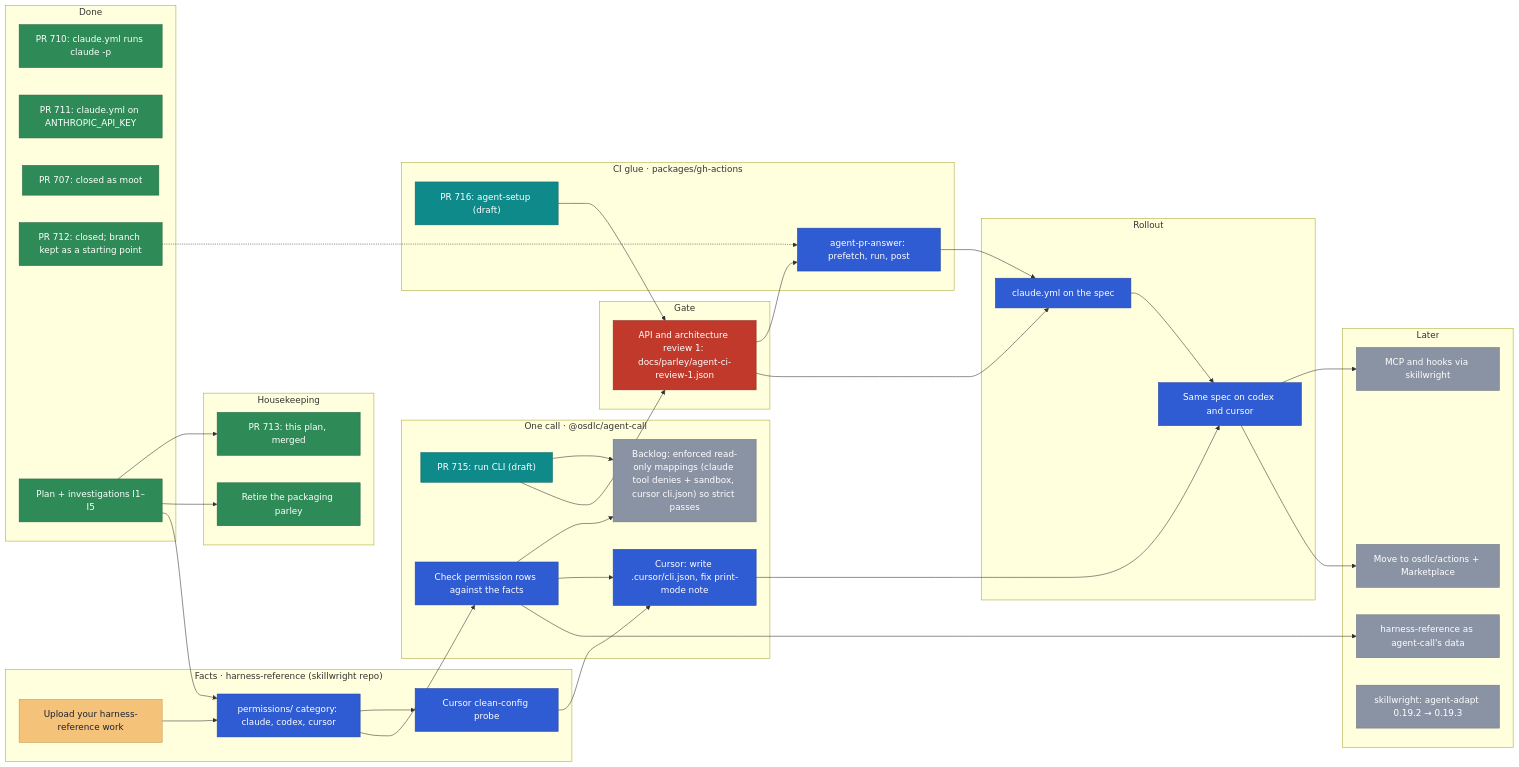
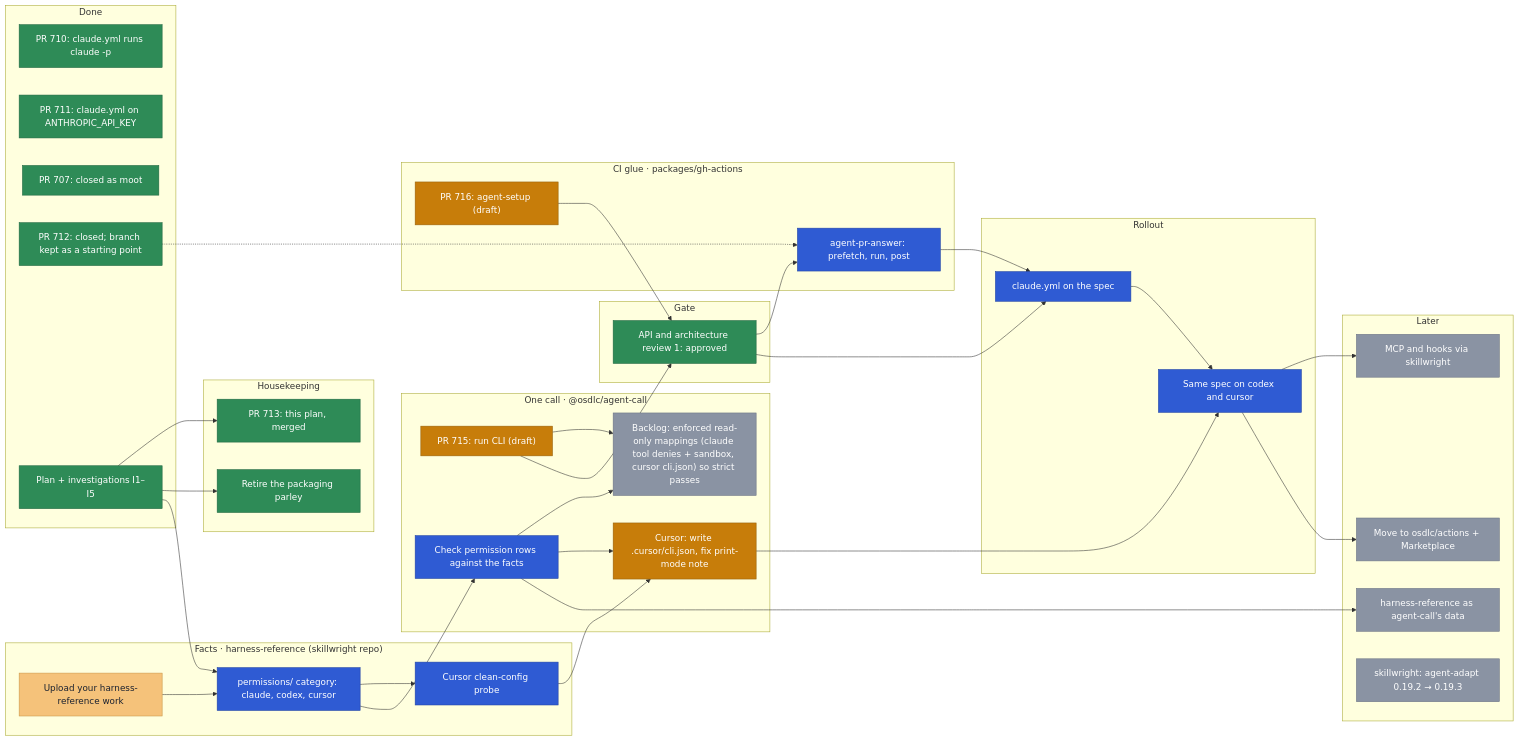
Before and after one commit to osdlc/osdlc: the diagram in docs/planning/agent-ci.md, drawn with Mermaid. The commit also changed other lines of this file and 2 other files, not shown here.

Commit message:
docs(planning): record API review 1 decisions

````diff
--- a/docs/planning/agent-ci.md
+++ b/docs/planning/agent-ci.md
@@ -39,80 +39,80 @@
 ```mermaid
 flowchart LR
   subgraph done["Done"]
     W710["PR 710: claude.yml runs claude -p"]
     P711["PR 711: claude.yml on ANTHROPIC_API_KEY"]
     P707["PR 707: closed as moot"]
     P712["PR 712: closed; branch kept as a starting point"]
     PLAN["Plan + investigations I1–I5"]
   end
   subgraph house["Housekeeping"]
     PLANPR["PR 713: this plan, merged"]
     PARLEY["Retire the packaging parley"]
   end
   subgraph facts["Facts · harness-reference (skillwright repo)"]
     UP["Upload your harness-reference work"]
     PERM["permissions/ category: claude, codex, cursor"]
     PROBE["Cursor clean-config probe"]
   end
   subgraph call["One call · @osdlc/agent-call"]
     RUN["PR 715: run CLI (draft)"]
     CHECK["Check permission rows against the facts"]
     STRICT["Backlog: enforced read-only mappings (claude tool denies + sandbox, cursor cli.json) so strict passes"]
     CUR["Cursor: write .cursor/cli.json, fix print-mode note"]
   end
   subgraph gate["Gate"]
-    ARCH["API and architecture review 1: docs/parley/agent-ci-review-1.json"]
+    ARCH["API and architecture review 1: approved"]
   end
   subgraph acts["CI glue · packages/gh-actions"]
     SETUP["PR 716: agent-setup (draft)"]
     ANS["agent-pr-answer: prefetch, run, post"]
   end
   subgraph roll["Rollout"]
     SPEC["claude.yml on the spec"]
     MULTI["Same spec on codex and cursor"]
   end
   subgraph later["Later"]
     MCP["MCP and hooks via skillwright"]
     PUB["Move to osdlc/actions + Marketplace"]
     DATA["harness-reference as agent-call's data"]
     PIN["skillwright: agent-adapt 0.19.2 → 0.19.3"]
   end
 
   PLAN --> PLANPR
   PLAN --> PARLEY
   UP --> PERM
   PLAN --> PERM
   PERM --> PROBE
   PERM --> CHECK
   CHECK --> STRICT
   RUN --> STRICT
   PROBE --> CUR
   CHECK --> CUR
   P712 -.-> ANS
   RUN --> ARCH
   SETUP --> ARCH
   ARCH --> ANS
   ARCH --> SPEC
   ANS --> SPEC
   SPEC --> MULTI
   CUR --> MULTI
   MULTI --> MCP
   MULTI --> PUB
   CHECK --> DATA
 
   classDef done fill:#2e8b57,stroke:#1f6640,color:#ffffff
   classDef review fill:#0f8a8a,stroke:#0a6666,color:#ffffff
   classDef ready fill:#7a4fc2,stroke:#5a3596,color:#ffffff
   classDef blocked fill:#c0392b,stroke:#8e2a20,color:#ffffff
   classDef external fill:#e88fb4,stroke:#b8628a,color:#1b2230
   classDef active fill:#c77d0a,stroke:#94600a,color:#ffffff
   classDef yours fill:#f5c27a,stroke:#c99545,color:#1b2230
   classDef next fill:#2f5bd3,stroke:#2144a3,color:#ffffff
   classDef later fill:#8a93a3,stroke:#6b7384,color:#ffffff
-  class W710,P711,P707,P712,PLAN,PARLEY,PLANPR done
+  class W710,P711,P707,P712,PLAN,PARLEY,PLANPR,ARCH done
   class UP yours
-  class ARCH blocked
-  class RUN,SETUP review
-  class PERM,PROBE,CHECK,CUR,ANS,SPEC,MULTI next
+  class RUN,SETUP active
+  class PERM,PROBE,CHECK,ANS,SPEC,MULTI next
+  class CUR active
   class MCP,PUB,DATA,PIN,STRICT later
 ```
````
